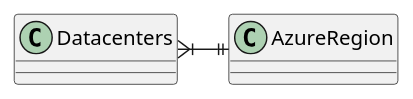
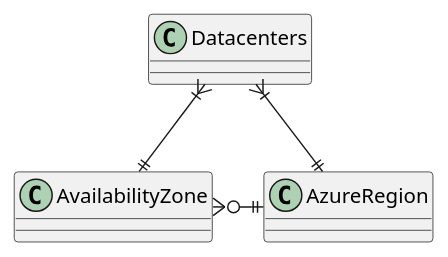
One commit to 9shahs9/az900 changed the first of 2 diagrams in core_components/regions_AZs.adoc. Above: the diagram before and after it, drawn with PlantUML. The commit also changed other lines of this file and 3 other files, not shown here.

```diff
--- a/core_components/regions_AZs.adoc
+++ b/core_components/regions_AZs.adoc
@@ -56,12 +73,14 @@
 [plantuml,id='Regions_AZs',format="png",width="600px"]
 ---- 
 
 @startuml
 
 Datacenters }|-|| AzureRegion
 
+Datacenters }|--|| AvailabilityZone
 
+AvailabilityZone }o-|| AzureRegion
 
 @enduml 
 
 ---- 
```
